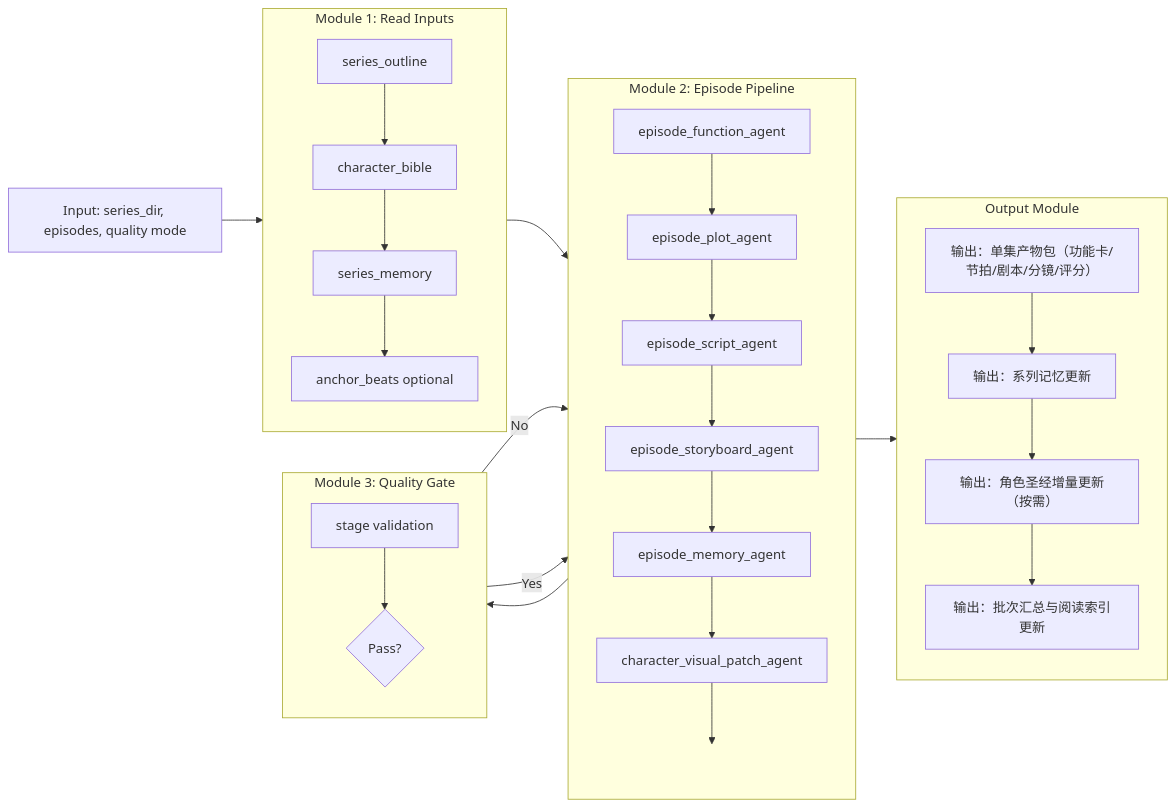
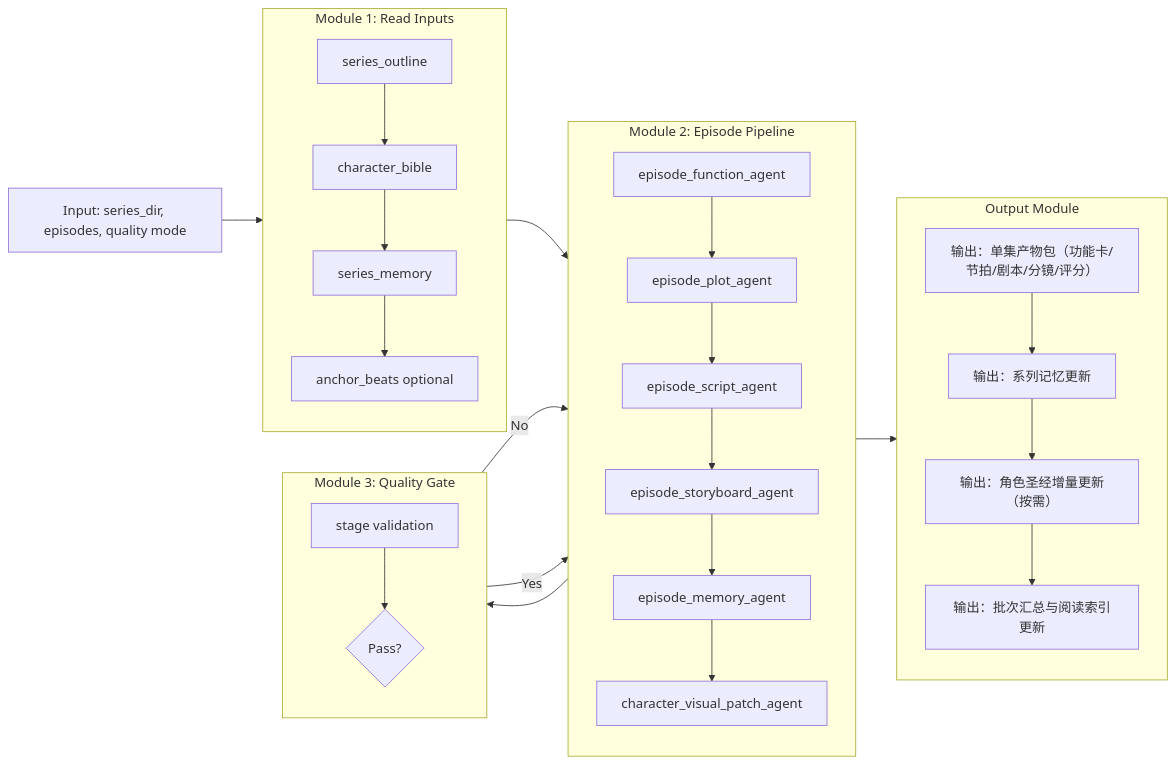
One commit to WeiXia-0000/ai-shortdrama-agent changed the second of 2 diagrams in README.md. Above: the diagram before and after it, drawn with Mermaid. The commit also changed other lines of this file, not shown here.

````diff
--- a/README.md
+++ b/README.md
@@ -198,49 +198,46 @@
 ```mermaid
 flowchart LR
     E_IN["Input: series_dir, episodes, quality mode"]
 
     subgraph E1["Module 1: Read Inputs"]
       direction TB
       I1["series_outline"]
       I2["character_bible"]
       I3["series_memory"]
       I4["anchor_beats optional"]
       I1 --> I2 --> I3 --> I4
     end
 
     subgraph E2["Module 2: Episode Pipeline"]
       direction TB
       P1["episode_function_agent"]
       P2["episode_plot_agent"]
       P3["episode_script_agent"]
       P4["episode_storyboard_agent"]
       P5["episode_memory_agent"]
       P6["character_visual_patch_agent"]
-      P_OUT[" "]
       P1 --> P2 --> P3 --> P4 --> P5 --> P6
-      P6 --> P_OUT
     end
 
     subgraph E3["Module 3: Quality Gate"]
       direction TB
       Q1["stage validation"]
       Q2{"Pass?"}
       Q1 --> Q2
       Q2 -- "No" --> P4
       Q2 -- "Yes" --> P5
     end
 
     subgraph R_ALL["Output Module"]
       direction TB
       R0[输出：单集产物包（功能卡/节拍/剧本/分镜/评分）]
       R1[输出：系列记忆更新]
       R2[输出：角色圣经增量更新（按需）]
       R3[输出：批次汇总与阅读索引更新]
       R0 --> R1 --> R2 --> R3
     end
 
     E_IN --> E1 --> E2
     P4 --> Q1
-    P_OUT --> R_ALL
-    style P_OUT fill:transparent,stroke:transparent,color:transparent
+    P6 --> R_ALL
 ```
````
